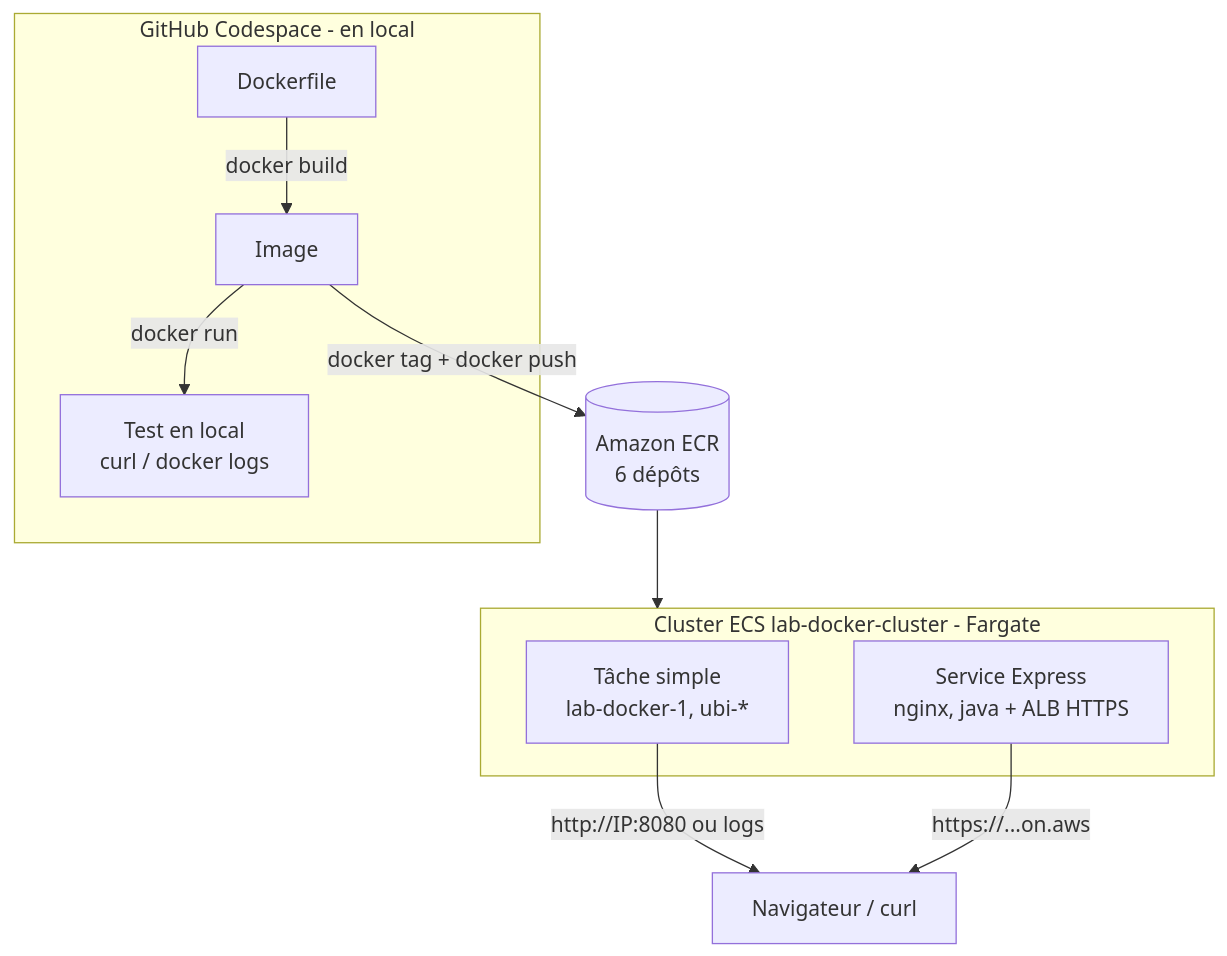
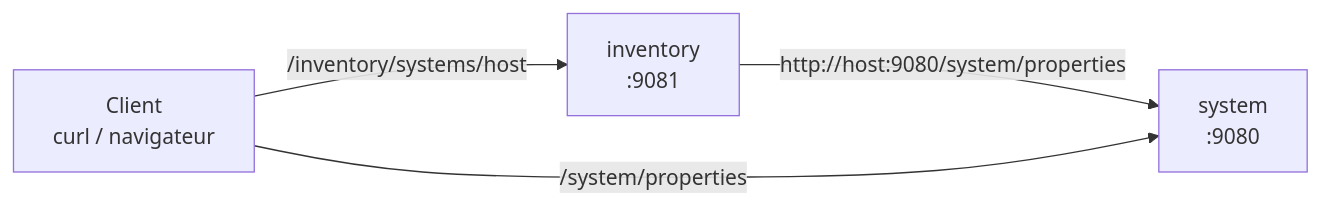
One commit to MamaDioum27/Docker-K8S-Esigelec changed the diagram in README.md. Above: the diagram before and after it, drawn with Mermaid. The commit also changed other lines of this file and 8 other files, not shown here.

Commit message:
Compte rendu lab Docker & microservices

````diff
--- a/README.md
+++ b/README.md
@@ -19,15 +23,6 @@
 ```mermaid
-flowchart TB
-    subgraph CS[GitHub Codespace - en local]
-        D[Dockerfile] -->|docker build| I[Image]
-        I -->|docker run| T[Test en local<br/>curl / docker logs]
-    end
-    I -->|docker tag + docker push| ECR[(Amazon ECR<br/>6 dépôts)]
-    ECR --> ECS
-    subgraph ECS[Cluster ECS lab-docker-cluster - Fargate]
-        TA[Tâche simple<br/>lab-docker-1, ubi-*]
-        SE[Service Express<br/>nginx, java + ALB HTTPS]
-    end
-    TA -->|http://IP:8080 ou logs| U[Navigateur / curl]
-    SE -->|https://...on.aws| U
+flowchart LR
+    U[Client<br/>curl / navigateur] -->|/inventory/systems/host| I[inventory<br/>:9081]
+    I -->|http://host:9080/system/properties| S[system<br/>:9080]
+    U -->|/system/properties| S
 ```
````
